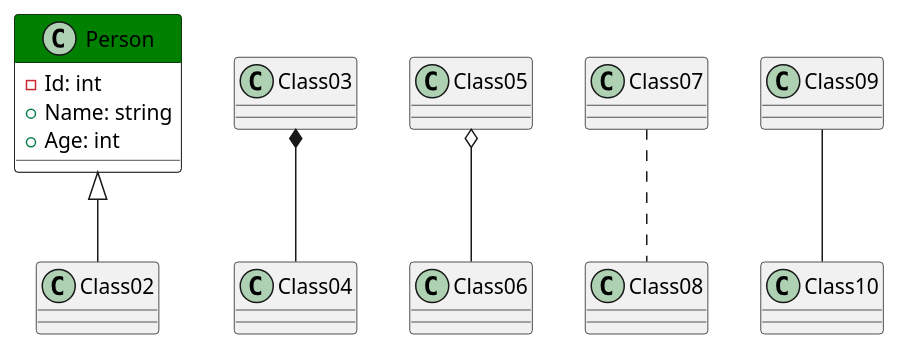
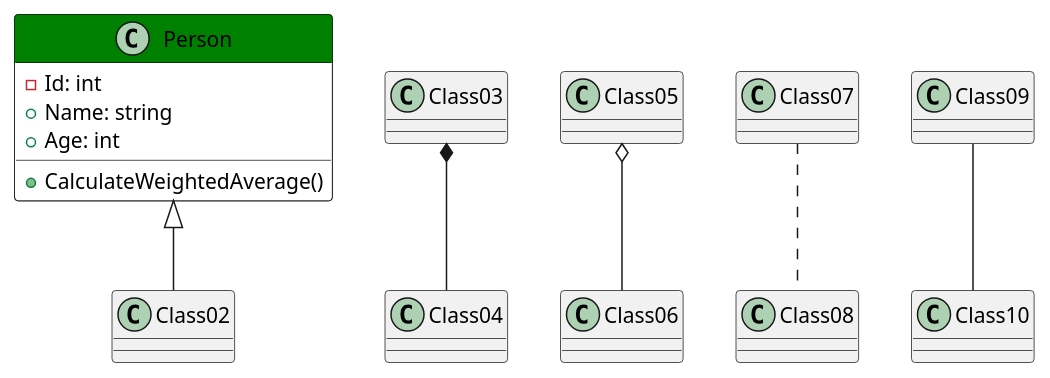
One commit to Pasgaard/Xperior-Sandbox changed the diagram in test.iuml. Above: the diagram before and after it, drawn with PlantUML.

```diff
--- a/test.iuml
+++ b/test.iuml
@@ -1,13 +1,14 @@
 @startuml
 Class Person #back:white;header:Green
 {
-- Id: int
-+ Name: string
-+ Age: int
+-Id: int
++Name: string
++Age: int
++CalculateWeightedAverage()
 }
 Person <|-- Class02
 Class03 *-- Class04
 Class05 o-- Class06
 Class07 .. Class08
 Class09 -- Class10
 @enduml
```
